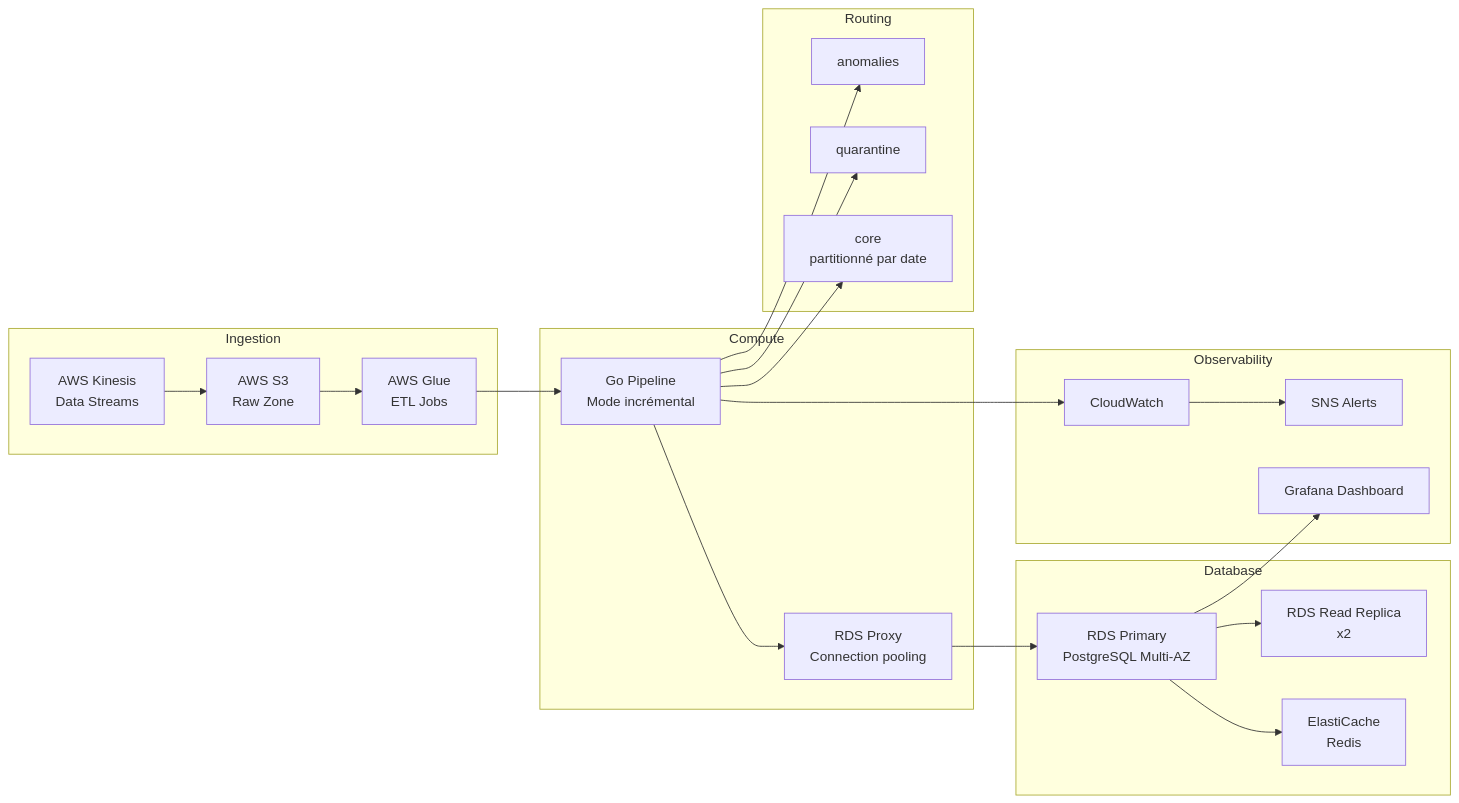
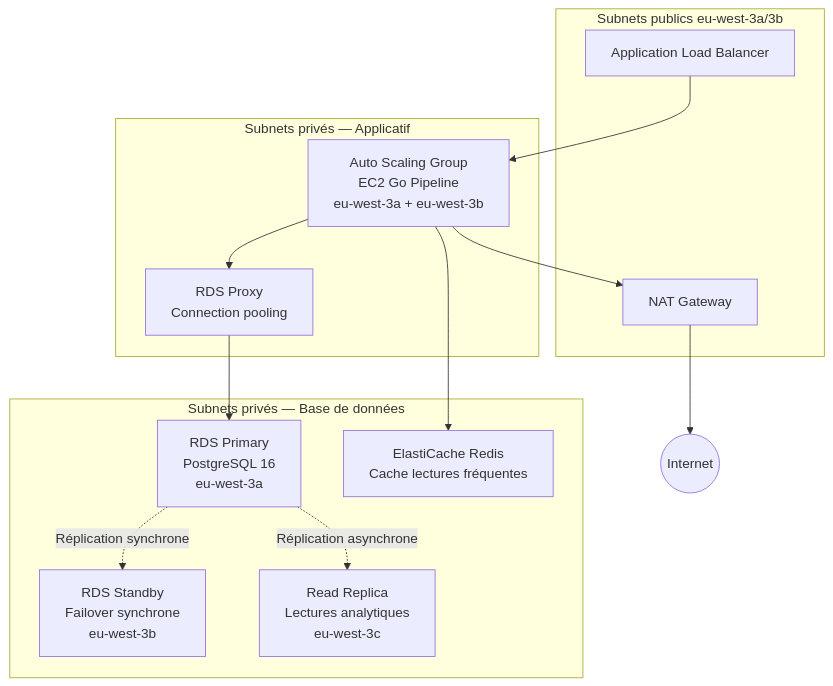
The second of 6 diagrams in docs/at_scale.md (Bedra11/nafad-pay-g1-oltp), drawn with Mermaid before and after one commit. The commit also changed other lines of this file and 3 other files, not shown here.

````diff
--- a/docs/at_scale.md
+++ b/docs/at_scale.md
@@ -128,46 +61,29 @@
 ```mermaid
-flowchart LR
+flowchart TD
 
-subgraph Ingestion
-    S3[AWS S3\nRaw Zone]
-    Kinesis[AWS Kinesis\nData Streams]
-    Glue[AWS Glue\nETL Jobs]
+subgraph Public [Subnets publics eu-west-3a/3b]
+    ALB[Application Load Balancer]
+    NAT[NAT Gateway]
 end
 
-subgraph Compute
-    Go[Go Pipeline\nMode incrémental]
+subgraph Private_App [Subnets privés — Applicatif]
+    ASG[Auto Scaling Group\nEC2 Go Pipeline\neu-west-3a + eu-west-3b]
     Proxy[RDS Proxy\nConnection pooling]
 end
 
-subgraph Database
-    RDS_P[RDS Primary\nPostgreSQL Multi-AZ]
-    RDS_R[RDS Read Replica\nx2]
-    Redis[ElastiCache\nRedis]
+subgraph Private_DB [Subnets privés — Base de données]
+    RDS_P[RDS Primary\nPostgreSQL 16\neu-west-3a]
+    RDS_S[RDS Standby\nFailover synchrone\neu-west-3b]
+    RDS_R[Read Replica\nLectures analytiques\neu-west-3c]
+    Redis[ElastiCache Redis\nCache lectures fréquentes]
 end
 
-subgraph Routing
-    Anomalies[anomalies]
-    Quarantine[quarantine]
-    Core[core\npartitionné par date]
-end
-
-subgraph Observability
-    CW[CloudWatch]
-    SNS[SNS Alerts]
-    Grafana[Grafana Dashboard]
-end
-
-Kinesis --> S3
-S3 --> Glue
-Glue --> Go
-Go --> Proxy
+ALB --> ASG
+ASG --> Proxy
 Proxy --> RDS_P
-RDS_P --> RDS_R
-RDS_P --> Redis
-Go --> Anomalies
-Go --> Quarantine
-Go --> Core
-Go --> CW
-CW --> SNS
-RDS_P --> Grafana
+RDS_P -.->|Réplication synchrone| RDS_S
+RDS_P -.->|Réplication asynchrone| RDS_R
+ASG --> Redis
+NAT --> Internet((Internet))
+ASG --> NAT
 ```
````
